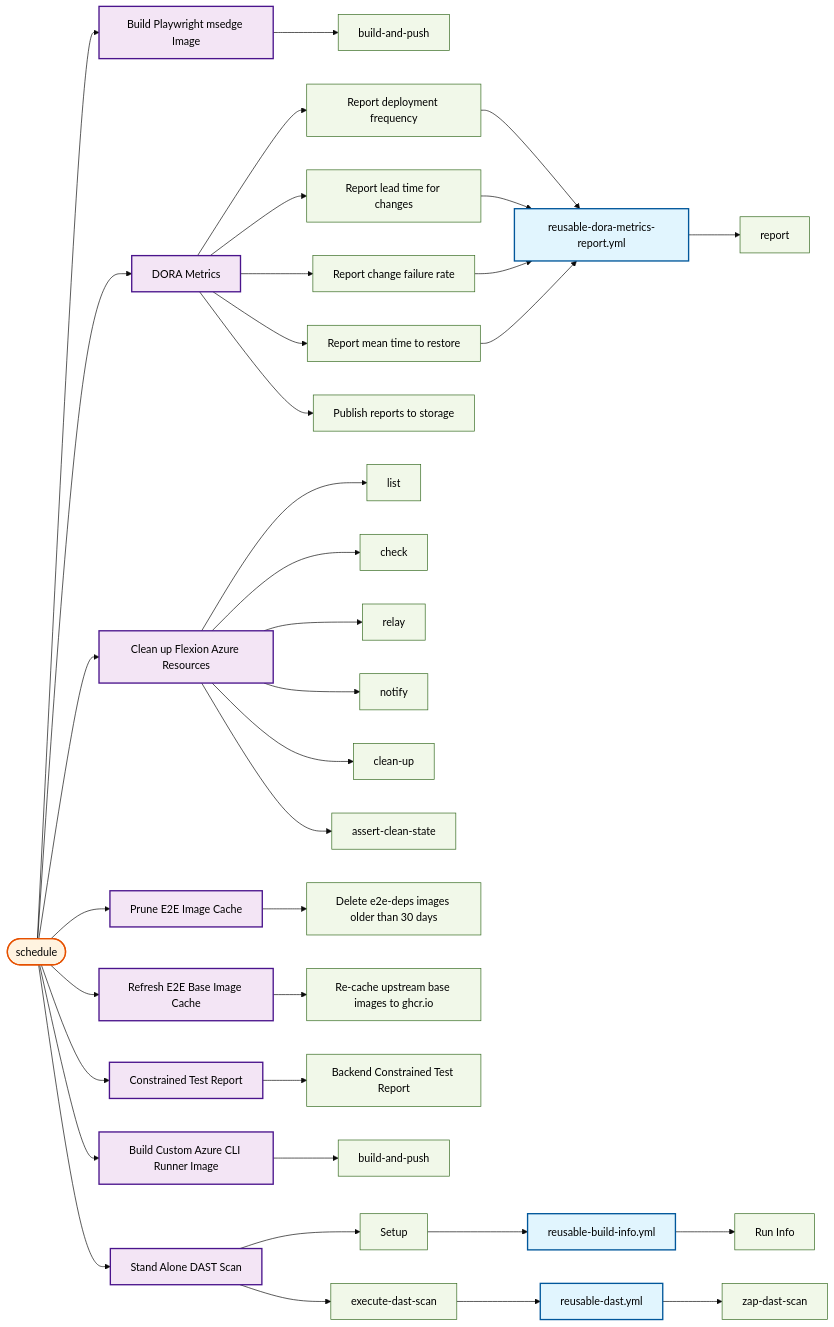
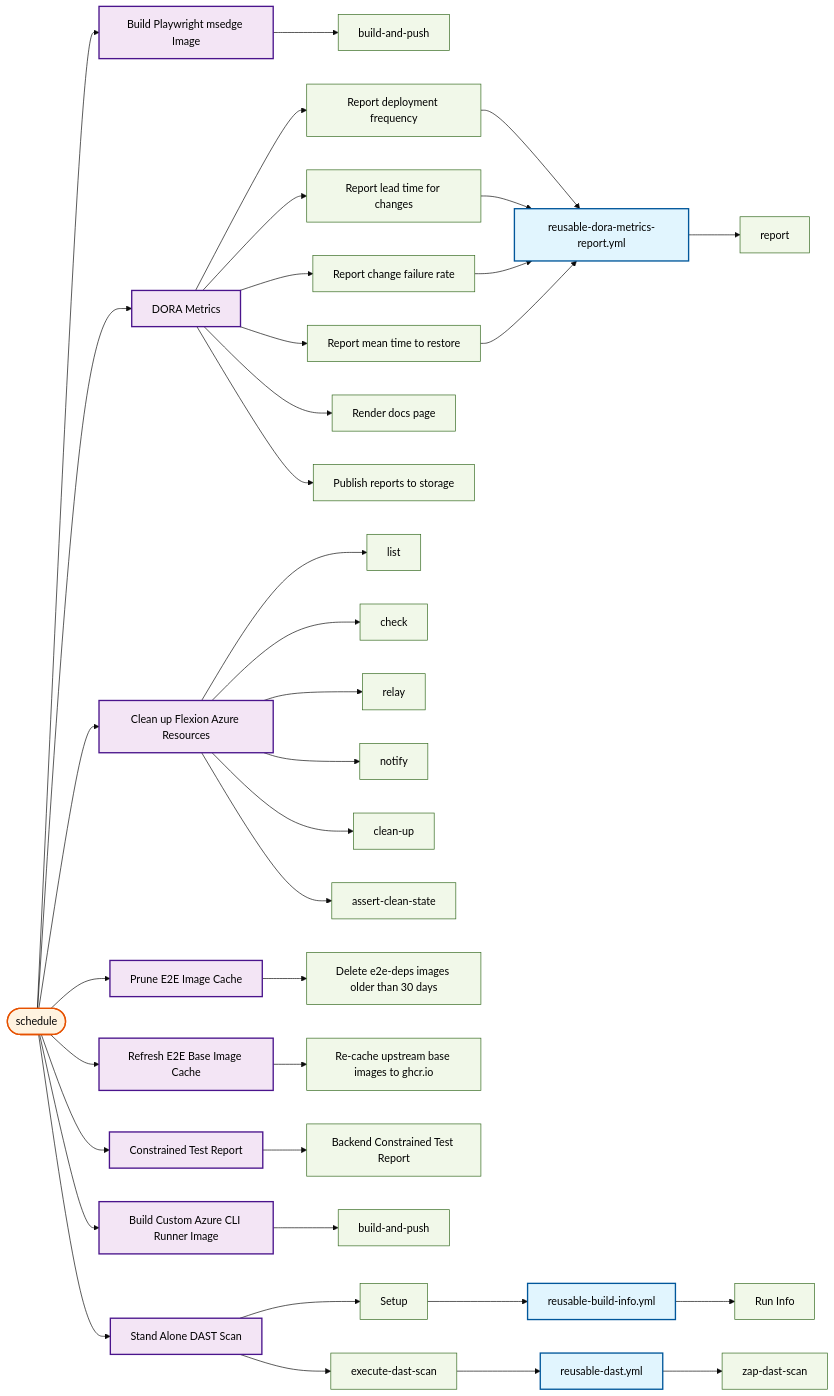
Before and after one commit to US-Trustee-Program/Bankruptcy-Oversight-Support-Systems: the ninth of 28 diagrams in docs/operations/workflow-diagram.md, drawn with Mermaid (base theme). The commit also changed other lines of this file and 16 other files, not shown here.

First line of the commit message:
Show weekly DORA metrics on the docs site

```diff
--- a/docs/operations/workflow-diagram.md
+++ b/docs/operations/workflow-diagram.md
@@ -510,6 +510,7 @@
     dora_metrics_yml_lead_time["Report lead time for changes"]
     dora_metrics_yml_change_failure_rate["Report change failure rate"]
     dora_metrics_yml_mttr["Report mean time to restore"]
+    dora_metrics_yml_docs_page["Render docs page"]
     dora_metrics_yml_publish["Publish reports to storage"]
     azure_remove_branch_yml["Clean up Flexion Azure Resources"]
     azure_remove_branch_yml_list["list"]
@@ -546,6 +547,7 @@
     dora_metrics_yml_change_failure_rate --> reusable_dora_metrics_report_yml
     dora_metrics_yml --> dora_metrics_yml_mttr
     dora_metrics_yml_mttr --> reusable_dora_metrics_report_yml
+    dora_metrics_yml --> dora_metrics_yml_docs_page
     dora_metrics_yml --> dora_metrics_yml_publish
     trigger_schedule --> azure_remove_branch_yml
     azure_remove_branch_yml --> azure_remove_branch_yml_list
@@ -585,6 +587,7 @@
     class dora_metrics_yml_lead_time job
     class dora_metrics_yml_change_failure_rate job
     class dora_metrics_yml_mttr job
+    class dora_metrics_yml_docs_page job
     class dora_metrics_yml_publish job
     class azure_remove_branch_yml mainWorkflow
     class azure_remove_branch_yml_list job
```
